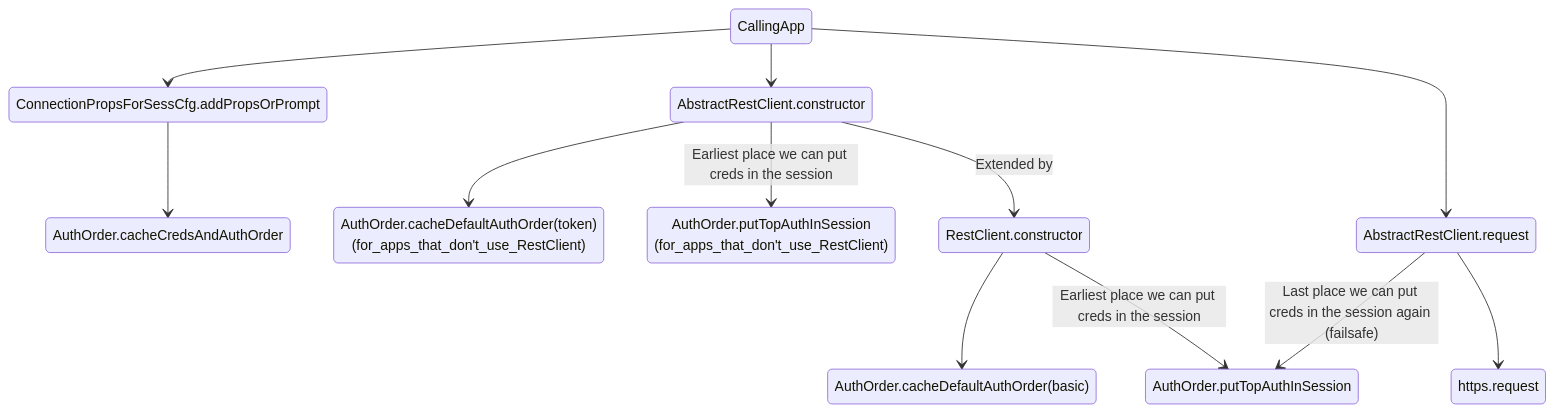
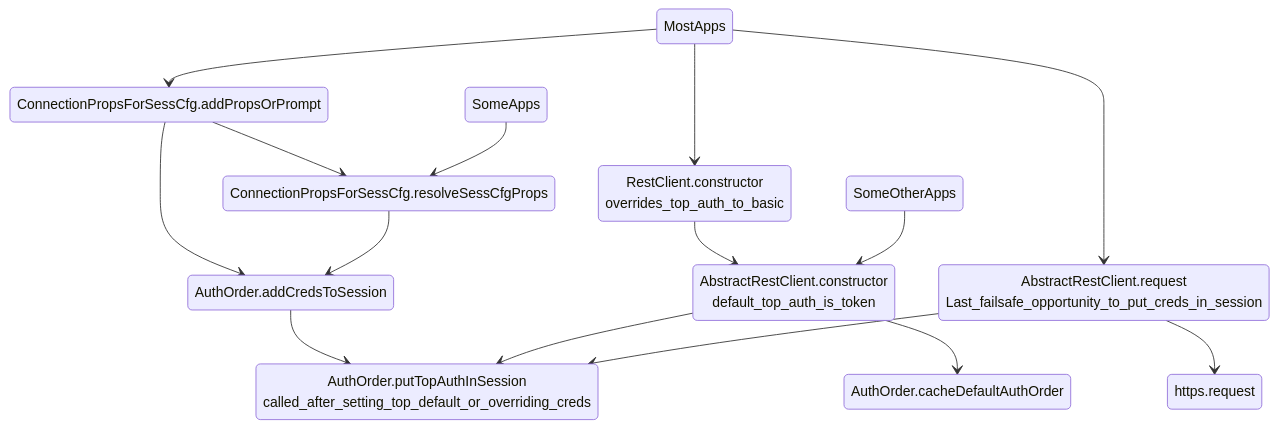
Before and after one commit to zowe/zowe-cli: the first of 2 diagrams in docs/Design_for_selecting_auth_type.md, drawn with Mermaid. The commit also changed other lines of this file and 13 other files, not shown here.

Commit message:
Create function addCredsToSession

````diff
--- a/docs/Design_for_selecting_auth_type.md
+++ b/docs/Design_for_selecting_auth_type.md
@@ -262,25 +258,33 @@
 ```mermaid
 stateDiagram-v2
 
-    CallingApp --> ConnectionPropsForSessCfg.addPropsOrPrompt
+    MostApps --> ConnectionPropsForSessCfg.addPropsOrPrompt
 
-    ConnectionPropsForSessCfg.addPropsOrPrompt --> AuthOrder.cacheCredsAndAuthOrder
+    ConnectionPropsForSessCfg.addPropsOrPrompt --> AuthOrder.addCredsToSession
 
-    CallingApp --> AbstractRestClient.constructor
+    AuthOrder.addCredsToSession --> AuthOrder.putTopAuthInSession<br>called_after_setting_top_default_or_overriding_creds
 
-    AbstractRestClient.constructor --> AuthOrder.cacheDefaultAuthOrder(token)<br/>(for_apps_that_don't_use_RestClient)
 
-    AbstractRestClient.constructor --> AuthOrder.putTopAuthInSession<br/>(for_apps_that_don't_use_RestClient): Earliest place we can put creds in the session
+    ConnectionPropsForSessCfg.addPropsOrPrompt --> ConnectionPropsForSessCfg.resolveSessCfgProps
 
-    AbstractRestClient.constructor --> RestClient.constructor: Extended by
+    SomeApps --> ConnectionPropsForSessCfg.resolveSessCfgProps
 
-    RestClient.constructor --> AuthOrder.cacheDefaultAuthOrder(basic)
+    ConnectionPropsForSessCfg.resolveSessCfgProps --> AuthOrder.addCredsToSession
 
-    RestClient.constructor --> AuthOrder.putTopAuthInSession: Earliest place we can put creds in the session
+    MostApps --> RestClient.constructor<br>overrides_top_auth_to_basic
 
-    CallingApp --> AbstractRestClient.request
+    RestClient.constructor<br>overrides_top_auth_to_basic --> AbstractRestClient.constructor<br>default_top_auth_is_token
 
-    AbstractRestClient.request --> AuthOrder.putTopAuthInSession: Last place we can put creds in the session again (failsafe)
+    SomeOtherApps --> AbstractRestClient.constructor<br>default_top_auth_is_token
 
-    AbstractRestClient.request --> https.request
+    AbstractRestClient.constructor<br>default_top_auth_is_token--> AuthOrder.cacheDefaultAuthOrder
+
+    AbstractRestClient.constructor<br>default_top_auth_is_token --> AuthOrder.putTopAuthInSession<br>called_after_setting_top_default_or_overriding_creds
+
+
+    MostApps --> AbstractRestClient.request<br>Last_failsafe_opportunity_to_put_creds_in_session
+
+    AbstractRestClient.request<br>Last_failsafe_opportunity_to_put_creds_in_session --> AuthOrder.putTopAuthInSession<br>called_after_setting_top_default_or_overriding_creds
+
+    AbstractRestClient.request<br>Last_failsafe_opportunity_to_put_creds_in_session --> https.request
 ```
````
